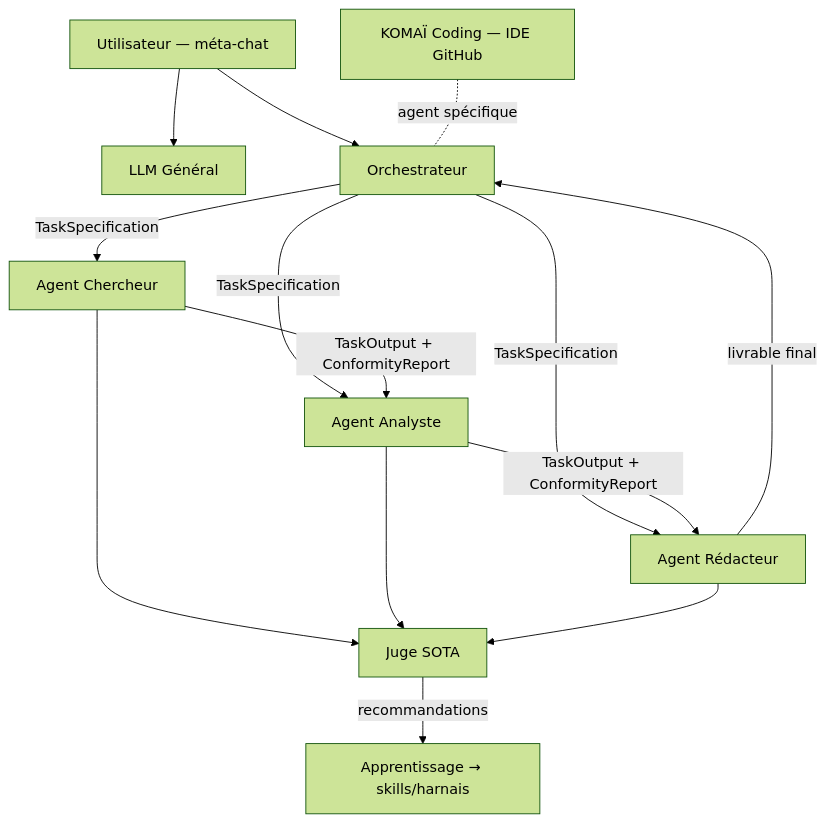
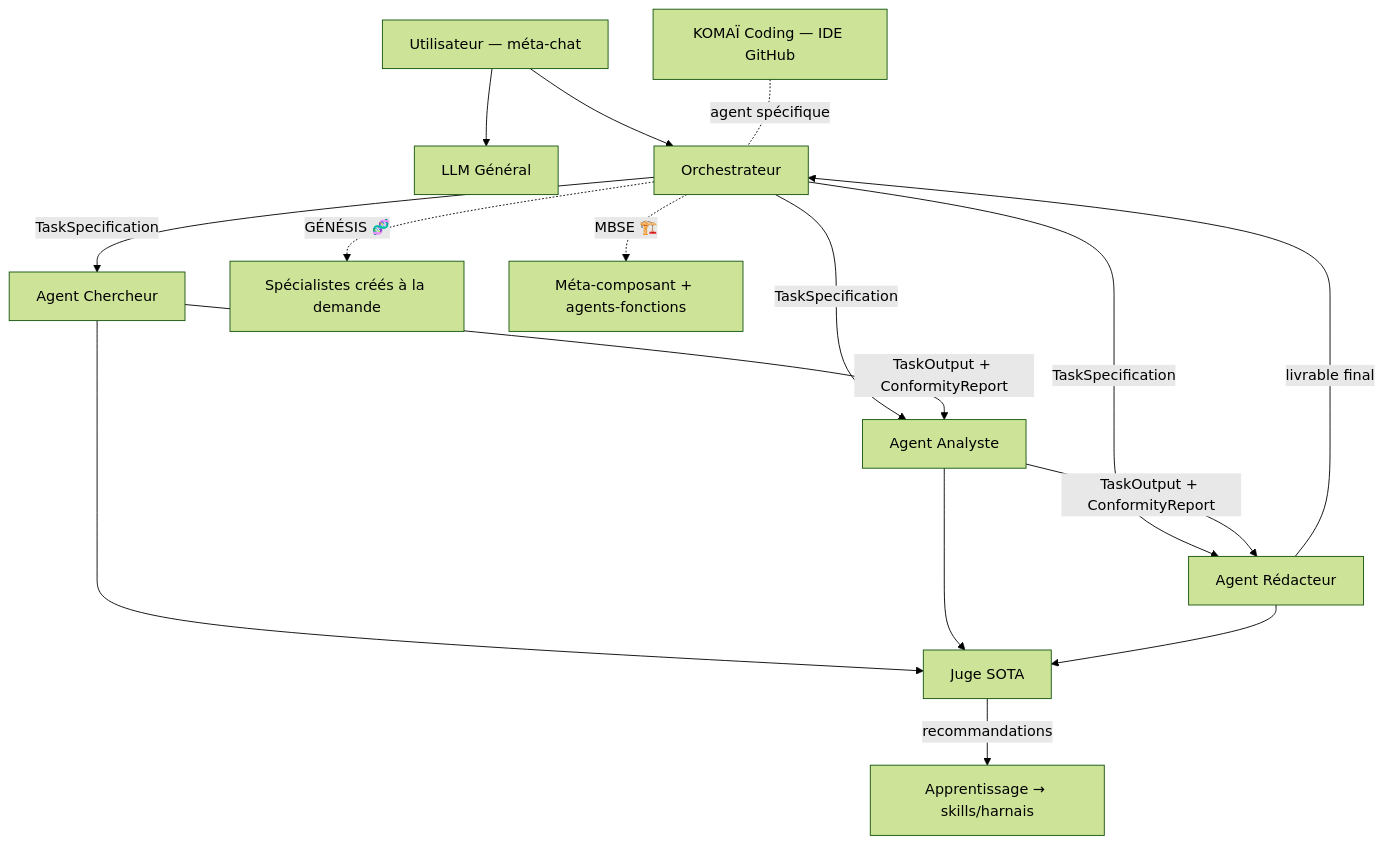
The diagram in README.md (Ulml/claude_agent_system_komai), drawn with Mermaid (forest theme) before and after one commit. The commit also changed other lines of this file, not shown here.

````diff
--- a/README.md
+++ b/README.md
@@ -60,14 +182,16 @@
 ```mermaid
 flowchart TD
   USER[Utilisateur — méta-chat] --> SYS[LLM Général]
   USER --> ORCH[Orchestrateur]
   ORCH -->|TaskSpecification| A1[Agent Chercheur]
   ORCH -->|TaskSpecification| A2[Agent Analyste]
   ORCH -->|TaskSpecification| A3[Agent Rédacteur]
   A1 -->|TaskOutput + ConformityReport| A2
   A2 -->|TaskOutput + ConformityReport| A3
   A1 & A2 & A3 --> JUDGE[Juge SOTA]
   JUDGE -->|recommandations| LEARN[Apprentissage → skills/harnais]
   A3 -->|livrable final| ORCH
+  ORCH -.->|GÉNÉSIS 🧬| GEN[Spécialistes créés à la demande]
+  ORCH -.->|MBSE 🏗️| SYSM[Méta-composant + agents-fonctions]
   KOMAI[KOMAÏ Coding — IDE GitHub] -. agent spécifique .- ORCH
 ```
````
